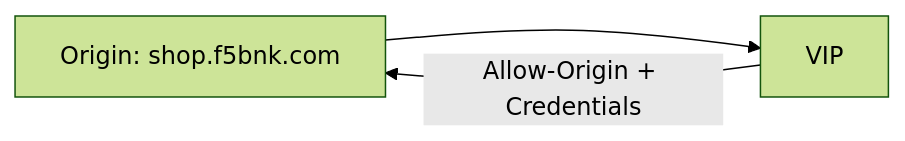
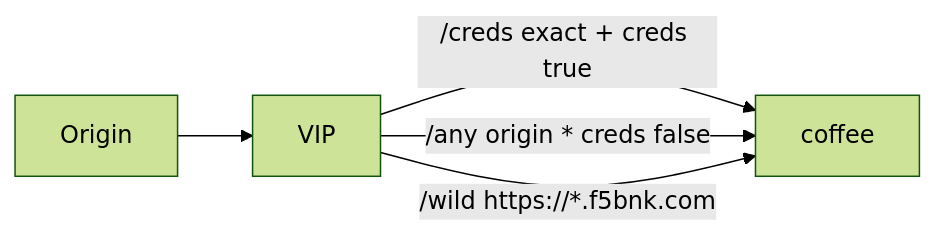
The diagram in HTTP_Routing/2.30_HTTPCORS_OriginsCredentials/README.md (mink0119/2609_f5bnk), drawn with Mermaid (forest theme) before and after one commit. The commit also changed other lines of this file and 15 other files, not shown here.

````diff
--- a/HTTP_Routing/2.30_HTTPCORS_OriginsCredentials/README.md
+++ b/HTTP_Routing/2.30_HTTPCORS_OriginsCredentials/README.md
@@ -5,5 +8,7 @@
 ```mermaid
 flowchart LR
-  C["Origin: shop.f5bnk.com"] --> VIP[VIP]
-  VIP -->|Allow-Origin + Credentials| C
+  C[Origin] --> VIP[VIP]
+  VIP -->|/creds exact + creds true| P[coffee]
+  VIP -->|/any origin * creds false| P
+  VIP -->|/wild https://*.f5bnk.com| P
 ```
````
